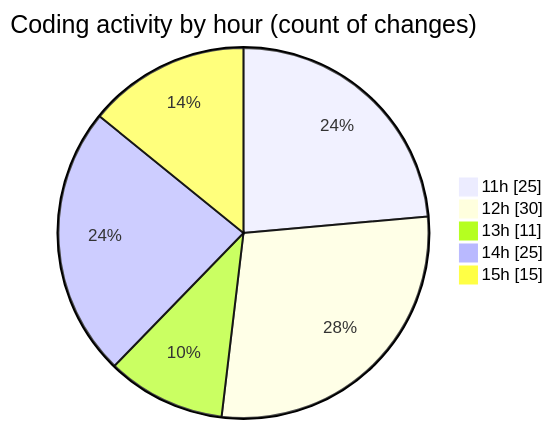
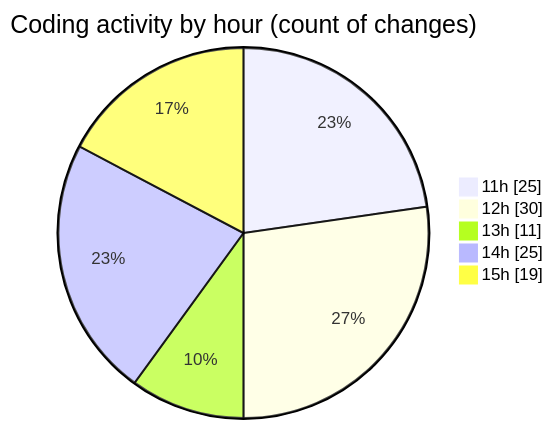
The second of 2 diagrams in 2025-08-13/nxtqube_webapp/README.md (nxtqubesakshisongat/code-tracking), drawn with Mermaid before and after one commit. The commit also changed other lines of this file and 1 other file, not shown here.

````diff
--- a/2025-08-13/nxtqube_webapp/README.md
+++ b/2025-08-13/nxtqube_webapp/README.md
@@ -35,9 +35,9 @@
 ```mermaid
 pie showData
 title Coding activity by hour (count of changes)
 "11h" : 25
 "12h" : 30
 "13h" : 11
 "14h" : 25
-"15h" : 15
+"15h" : 19
 ```
````
